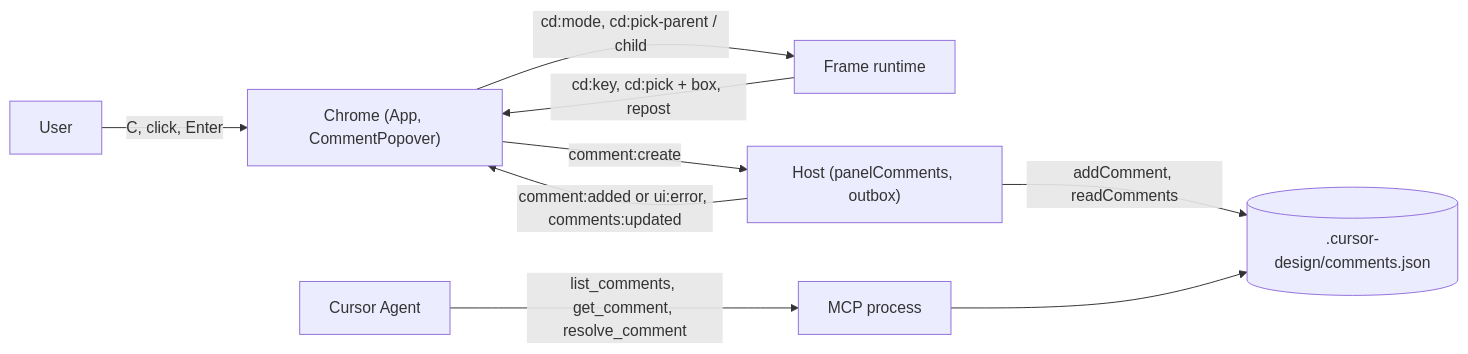
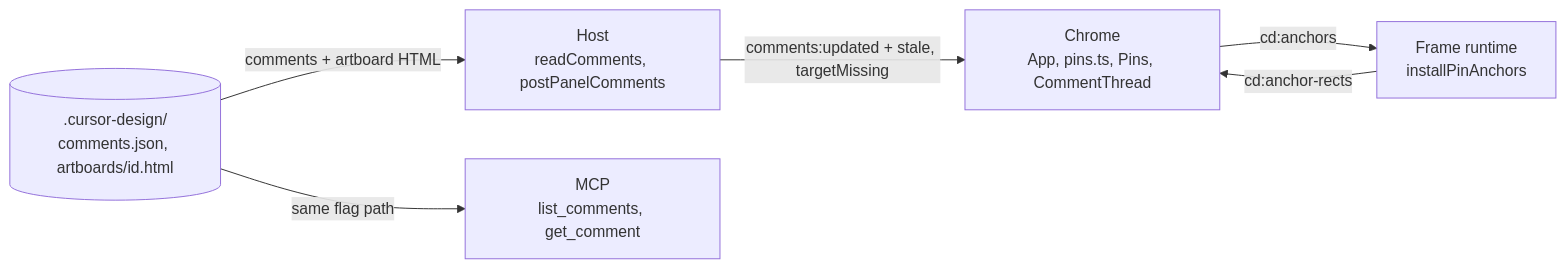
One commit to MarekBombera/cursor-design-extension changed the first of 3 diagrams in blueprint/context/current-feature-overview.md. Above: the diagram before and after it, drawn with Mermaid. The commit also changed other lines of this file and 40 other files, not shown here.

Commit message:
feat: add pins that follow elements, with a read-only thread (8f2)

````diff
--- a/blueprint/context/current-feature-overview.md
+++ b/blueprint/context/current-feature-overview.md
@@ -27,11 +15,13 @@
 ```mermaid
 flowchart LR
-  User -->|C, click, Enter| Chrome["Chrome (App, CommentPopover)"]
-  Frame["Frame runtime"] -->|cd:key, cd:pick + box, repost| Chrome
-  Chrome -->|cd:mode, cd:pick-parent / child| Frame
-  Chrome -->|comment:create| Host["Host (panelComments, outbox)"]
-  Host -->|comment:added or ui:error, comments:updated| Chrome
-  Host -->|addComment, readComments| Disk[(".cursor-design/comments.json")]
-  Agent["Cursor Agent"] -->|list_comments, get_comment, resolve_comment| MCP["MCP process"]
-  MCP --> Disk
+  Disk[(".cursor-design/<br/>comments.json, artboards/id.html")]
+  Host["Host<br/>readComments, postPanelComments"]
+  Chrome["Chrome<br/>App, pins.ts, Pins, CommentThread"]
+  Frame["Frame runtime<br/>installPinAnchors"]
+  MCP["MCP<br/>list_comments, get_comment"]
+  Disk -->|comments + artboard HTML| Host
+  Disk -->|same flag path| MCP
+  Host -->|"comments:updated + stale, targetMissing"| Chrome
+  Chrome -->|"cd:anchors"| Frame
+  Frame -->|"cd:anchor-rects"| Chrome
 ```
````
